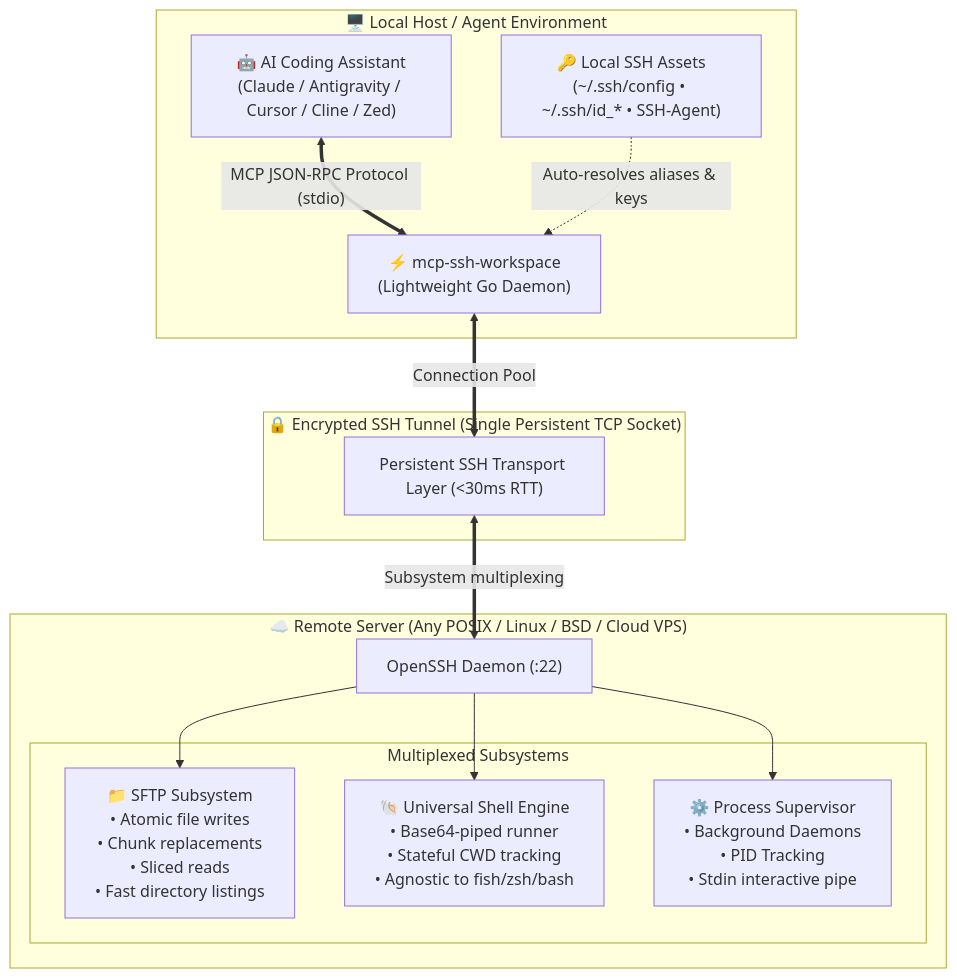
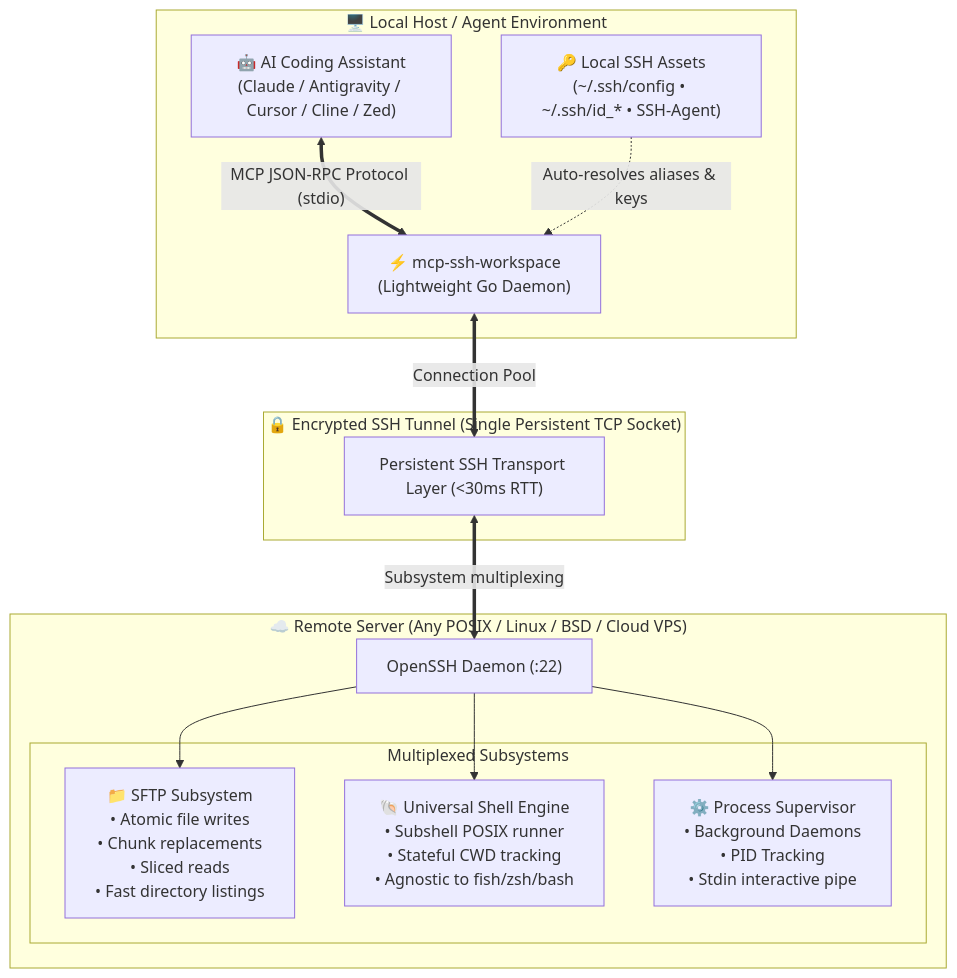
Before and after one commit to surtr85/mcp-ssh-workspace: the diagram in README.md, drawn with Mermaid. The commit also changed other lines of this file and 4 other files, not shown here.

Commit message:
fix(exec,tools): use literal subshell runner for non-POSIX shells and support camelCase/PascalCase parameter aliases

````diff
--- a/README.md
+++ b/README.md
@@ -119,31 +120,31 @@
 ```mermaid
 flowchart TD
     subgraph ClientLayer["🖥️ Local Host / Agent Environment"]
         Agent["🤖 AI Coding Assistant<br/>(Claude / Antigravity / Cursor / Cline / Zed)"]
         Config["🔑 Local SSH Assets<br/>(~/.ssh/config • ~/.ssh/id_* • SSH-Agent)"]
         Server["⚡ mcp-ssh-workspace<br/>(Lightweight Go Daemon)"]
 
         Agent <== "MCP JSON-RPC Protocol (stdio)" ==> Server
         Config -. "Auto-resolves aliases & keys" .-> Server
     end
 
     subgraph Multiplex["🔒 Encrypted SSH Tunnel (Single Persistent TCP Socket)"]
         Tunnel["Persistent SSH Transport Layer (<30ms RTT)"]
     end
 
     subgraph RemoteLayer["☁️ Remote Server (Any POSIX / Linux / BSD / Cloud VPS)"]
         SSHD["OpenSSH Daemon (:22)"]
         
         subgraph Channels["Multiplexed Subsystems"]
             SFTP["📁 SFTP Subsystem<br/>• Atomic file writes<br/>• Chunk replacements<br/>• Sliced reads<br/>• Fast directory listings"]
-            Exec["🐚 Universal Shell Engine<br/>• Base64-piped runner<br/>• Stateful CWD tracking<br/>• Agnostic to fish/zsh/bash"]
+            Exec["🐚 Universal Shell Engine<br/>• Subshell POSIX runner<br/>• Stateful CWD tracking<br/>• Agnostic to fish/zsh/bash"]
             Supervisor["⚙️ Process Supervisor<br/>• Background Daemons<br/>• PID Tracking<br/>• Stdin interactive pipe"]
         end
     end
 
     Server <== "Connection Pool" ==> Tunnel
     Tunnel <== "Subsystem multiplexing" ==> SSHD
     SSHD --> SFTP
     SSHD --> Exec
     SSHD --> Supervisor
 ```
````
